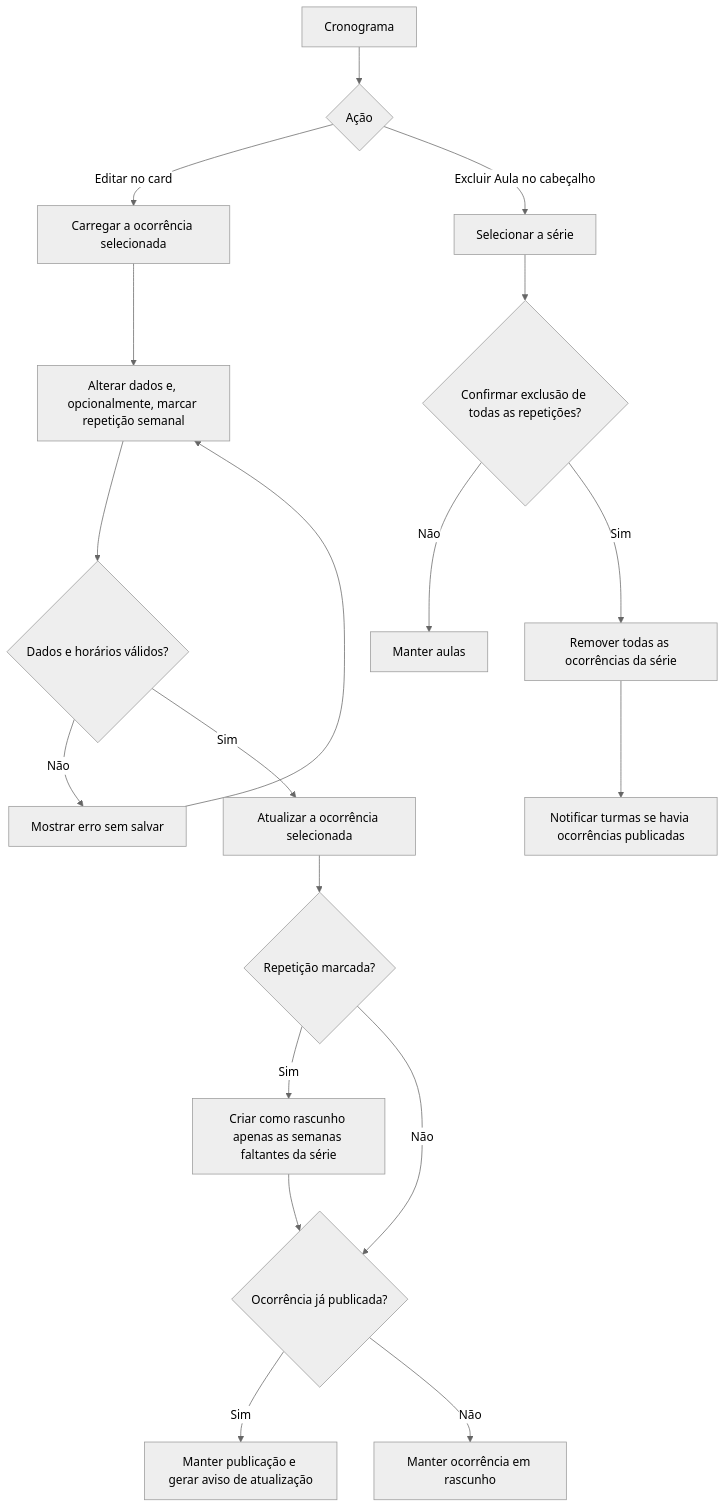
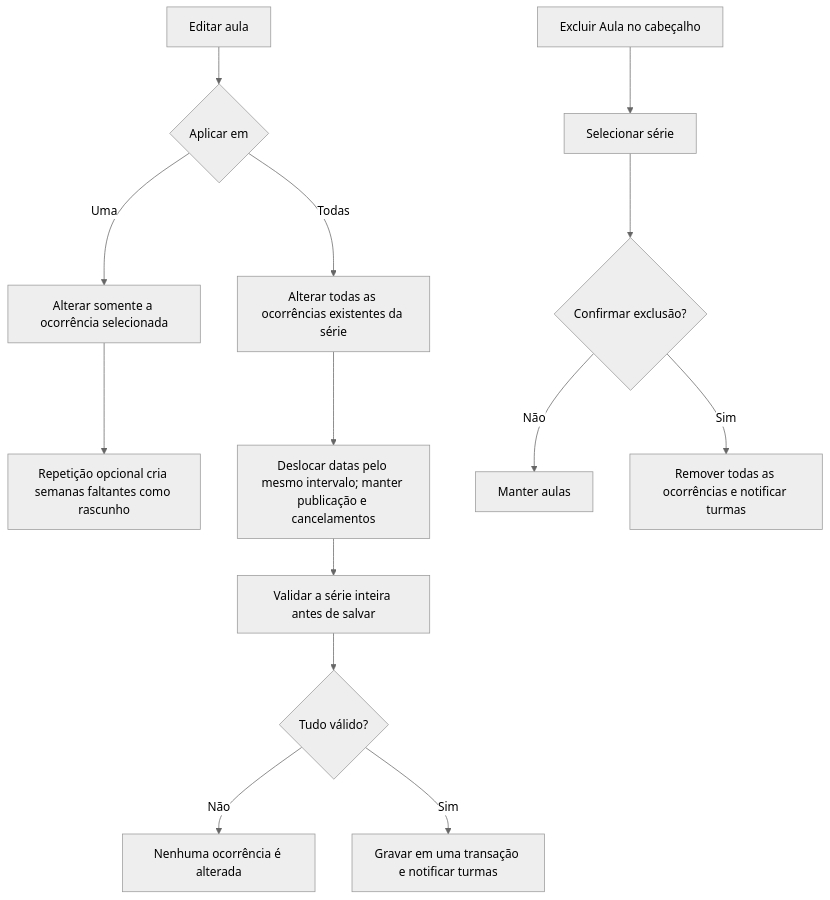
One commit to Jade46-prog/projeto-integrado-II-III changed the fifth of 7 diagrams in docs/FLUXOGRAMAS.md. Above: the diagram before and after it, drawn with Mermaid (neutral theme). The commit also changed other lines of this file and 109 other files, not shown here.

````diff
--- a/docs/FLUXOGRAMAS.md
+++ b/docs/FLUXOGRAMAS.md
@@ -123,21 +93,16 @@
 ```mermaid
 flowchart TD
-    Inicio["Cronograma"] --> Acao{"Ação"}
-    Acao -->|Editar no card| Editar["Carregar a ocorrência selecionada"]
-    Editar --> Dados["Alterar dados e, opcionalmente, marcar repetição semanal"]
-    Dados --> Validar{"Dados e horários válidos?"}
-    Validar -->|Não| Erro["Mostrar erro sem salvar"]
-    Erro --> Dados
-    Validar -->|Sim| Atualizar["Atualizar a ocorrência selecionada"]
-    Atualizar --> Repeticao{"Repetição marcada?"}
-    Repeticao -->|Sim| Novas["Criar como rascunho apenas as semanas faltantes da série"]
-    Repeticao -->|Não| Estado{"Ocorrência já publicada?"}
-    Novas --> Estado
-    Estado -->|Sim| Notificar["Manter publicação e gerar aviso de atualização"]
-    Estado -->|Não| Manter["Manter ocorrência em rascunho"]
-    Acao -->|Excluir Aula no cabeçalho| Escolher["Selecionar a série"]
-    Escolher --> Confirmar{"Confirmar exclusão de todas as repetições?"}
-    Confirmar -->|Não| Voltar["Manter aulas"]
-    Confirmar -->|Sim| Excluir["Remover todas as ocorrências da série"]
-    Excluir --> Avisar["Notificar turmas se havia ocorrências publicadas"]
+    Editar["Editar aula"] --> Escopo{"Aplicar em"}
+    Escopo -->|Uma| Ocorrencia["Alterar somente a ocorrência selecionada"]
+    Ocorrencia --> Repeticao["Repetição opcional cria semanas faltantes como rascunho"]
+    Escopo -->|Todas| Serie["Alterar todas as ocorrências existentes da série"]
+    Serie --> Datas["Deslocar datas pelo mesmo intervalo; manter publicação e cancelamentos"]
+    Datas --> Validar["Validar a série inteira antes de salvar"]
+    Validar --> Resultado{"Tudo válido?"}
+    Resultado -->|Não| Rollback["Nenhuma ocorrência é alterada"]
+    Resultado -->|Sim| Salvar["Gravar em uma transação e notificar turmas"]
+    Excluir["Excluir Aula no cabeçalho"] --> Escolher["Selecionar série"]
+    Escolher --> Confirmar{"Confirmar exclusão?"}
+    Confirmar -->|Não| Manter["Manter aulas"]
+    Confirmar -->|Sim| Remover["Remover todas as ocorrências e notificar turmas"]
 ```
````
